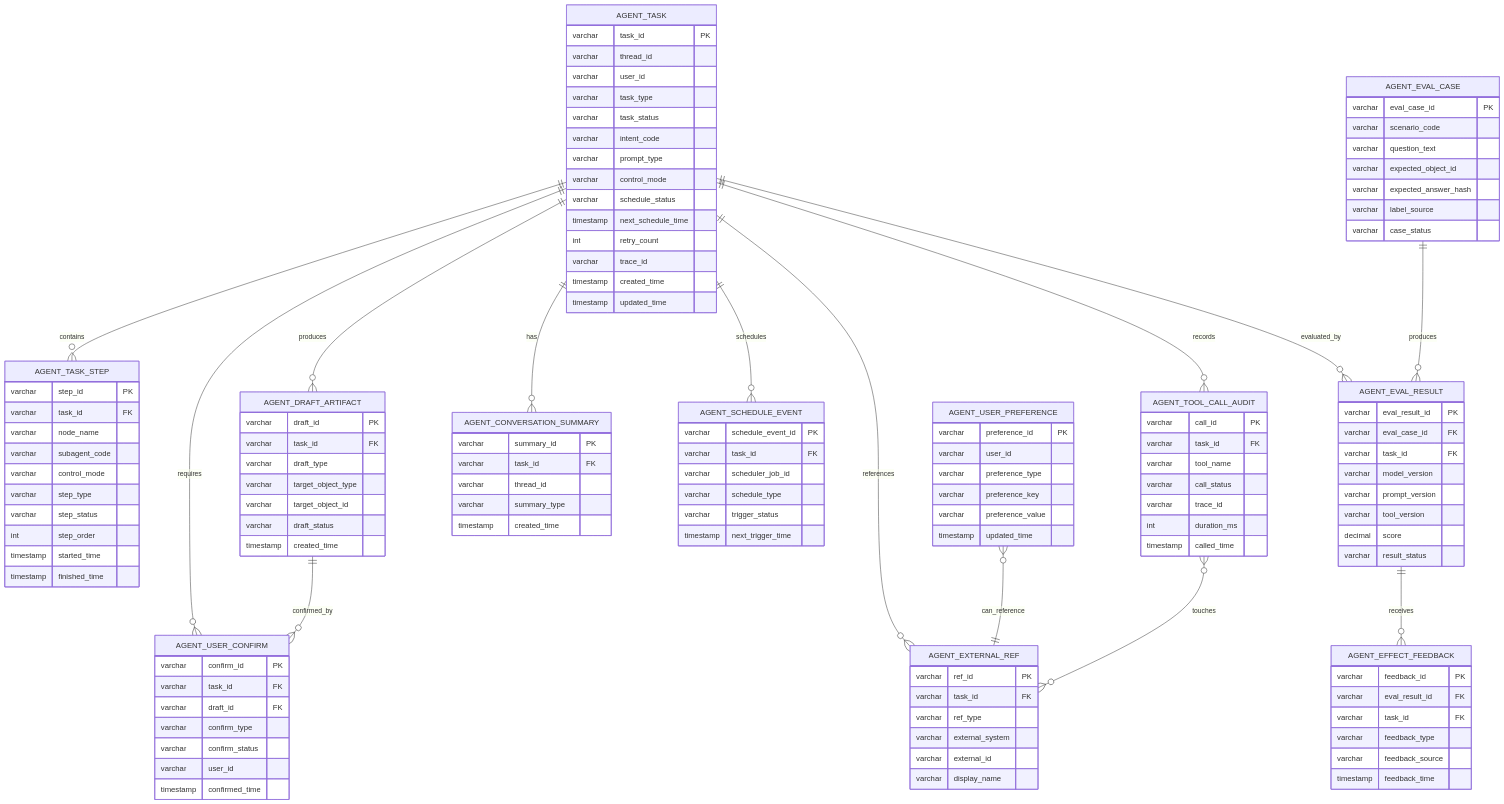
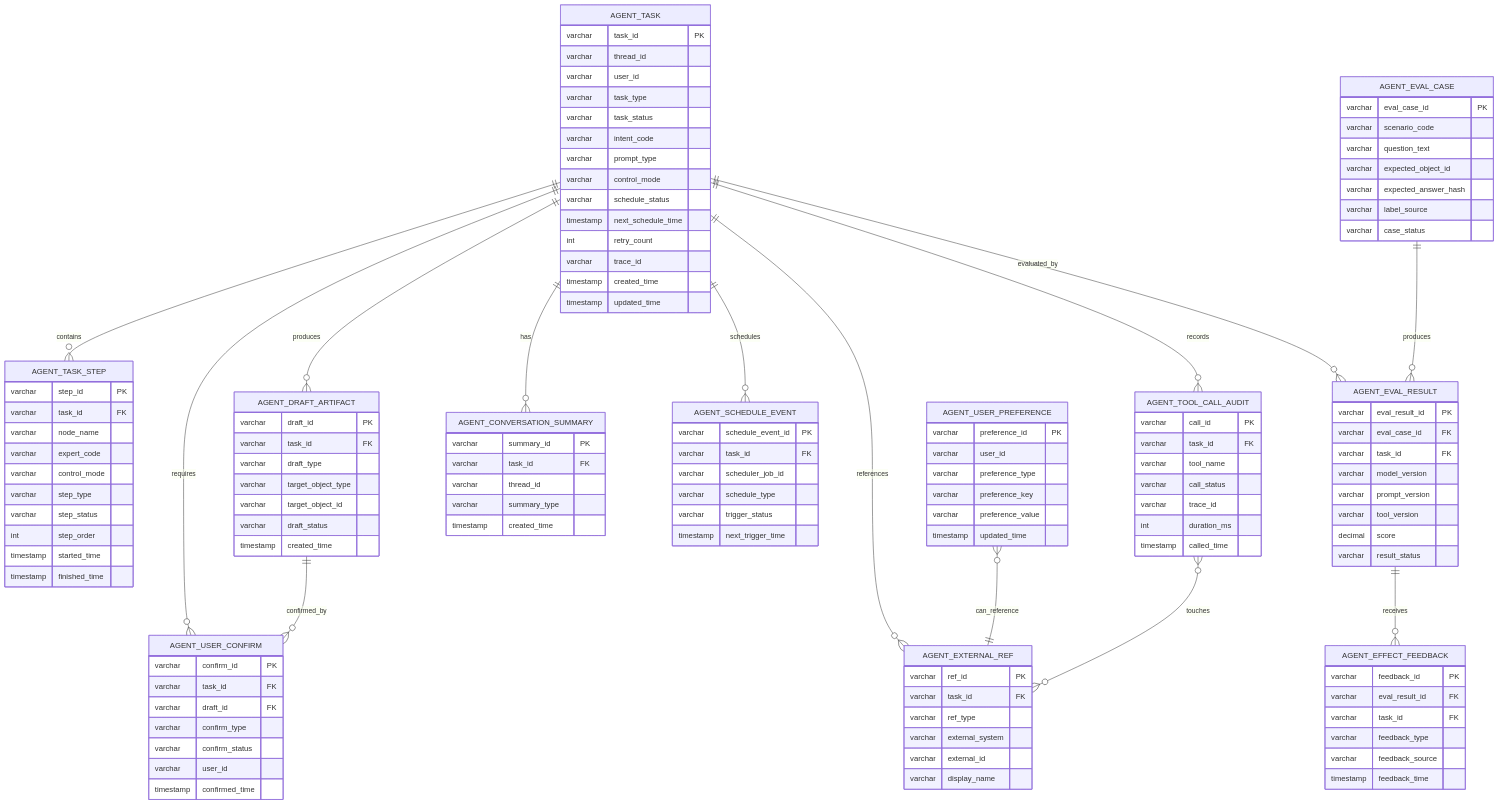
The first of 2 diagrams in 数据资产助手/06-架构设计/02-数据资产助手数据架构设计.md (ShaneLiu001/dataasset), drawn with Mermaid before and after one commit. The commit also changed other lines of this file and 20 other files, not shown here.

```diff
--- a/数据资产助手/06-架构设计/02-数据资产助手数据架构设计.md
+++ b/数据资产助手/06-架构设计/02-数据资产助手数据架构设计.md
@@ -95,7 +95,7 @@
     varchar step_id PK
     varchar task_id FK
     varchar node_name
-    varchar subagent_code
+    varchar expert_code
     varchar control_mode
     varchar step_type
     varchar step_status
```
